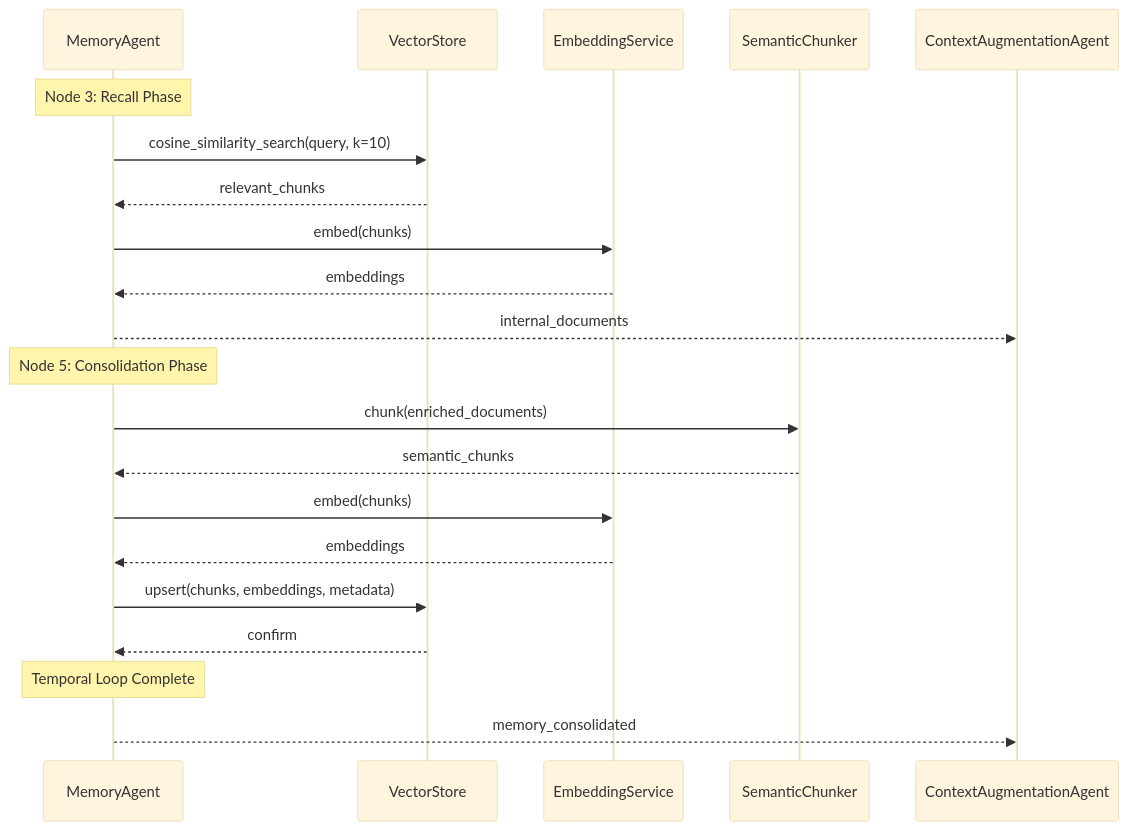
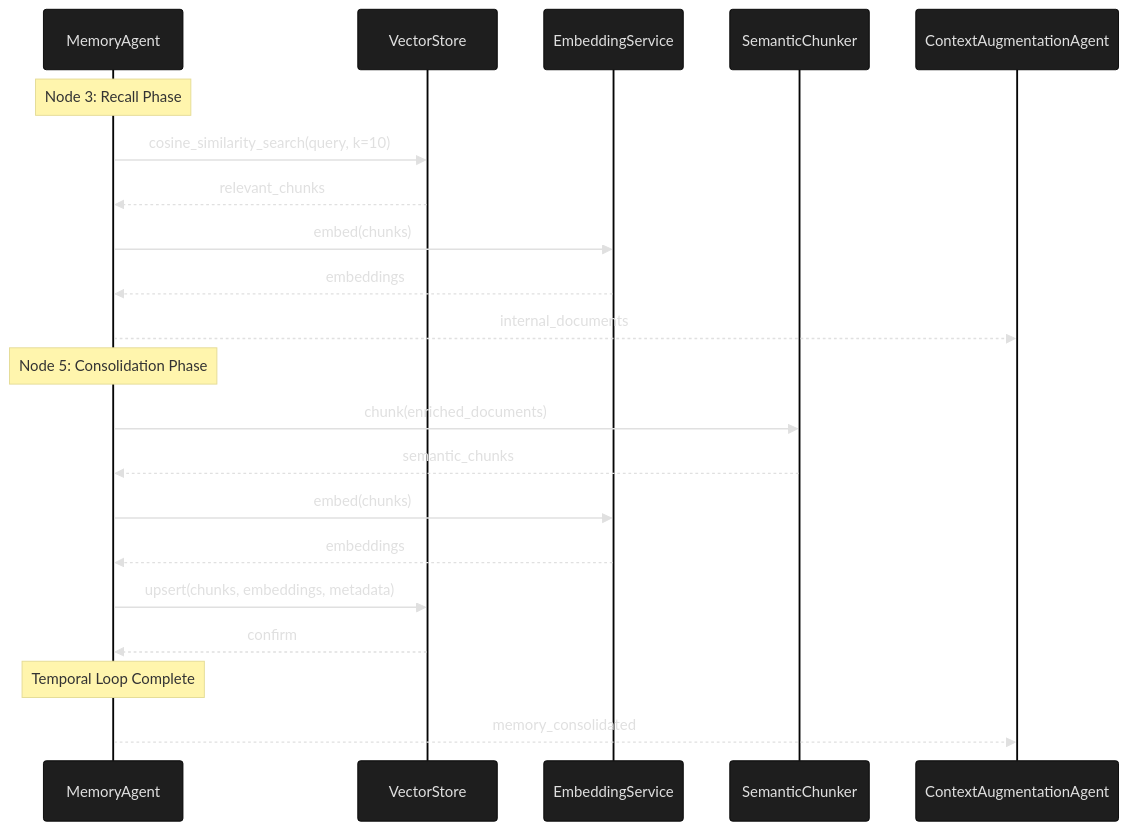
Before and after one commit to donyelqt/Hinaing: the eighth of 8 diagrams in docs/ARCHITECTURE.md, drawn with Mermaid. The commit also changed other lines of this file, not shown here.

Commit message:
docs(architecture): add dark theme color configurations to Mermaid diagrams

````diff
--- a/docs/ARCHITECTURE.md
+++ b/docs/ARCHITECTURE.md
@@ -598,29 +628,32 @@
 ```mermaid
 %%{init: {'theme': 'base', 'themeVariables': {
+  'primaryColor': '#1e1e1e',
+  'primaryTextColor': '#e0e0e0',
+  'secondaryColor': '#2d2d2d',
   'primaryFontSize': '13px',
   'secondaryFontSize': '11px'
  }}}%%
 sequenceDiagram
     participant MA as MemoryAgent
     participant VS as VectorStore
     participant ES as EmbeddingService
     participant SC as SemanticChunker
 
     Note over MA: Node 3: Recall Phase
     MA->>VS: cosine_similarity_search(query, k=10)
     VS-->>MA: relevant_chunks
     MA->>ES: embed(chunks)
     ES-->>MA: embeddings
     MA-->>ContextAugmentationAgent: internal_documents
 
     Note over MA: Node 5: Consolidation Phase
     MA->>SC: chunk(enriched_documents)
     SC-->>MA: semantic_chunks
     MA->>ES: embed(chunks)
     ES-->>MA: embeddings
     MA->>VS: upsert(chunks, embeddings, metadata)
     VS-->>MA: confirm
 
     Note over MA: Temporal Loop Complete
     MA-->>ContextAugmentationAgent: memory_consolidated
 ```
````
